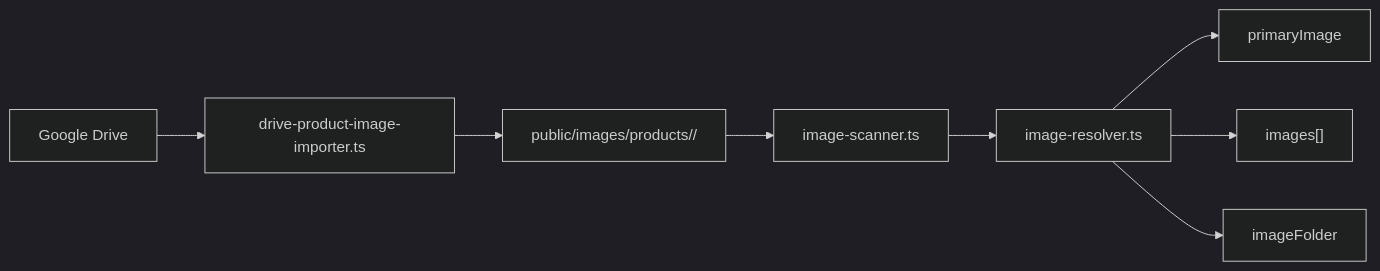
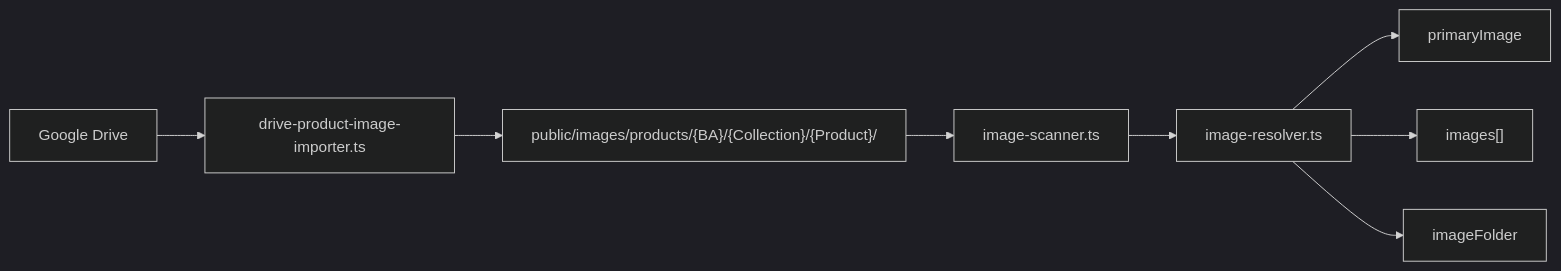
Before and after one commit to Haplo66/ripple-bakes-makes: the third of 5 diagrams in docs/ARCHITECTURE.md, drawn with Mermaid (dark theme). The commit also changed other lines of this file and 6 other files, not shown here.

````diff
--- a/docs/ARCHITECTURE.md
+++ b/docs/ARCHITECTURE.md
@@ -88,10 +88,10 @@
 ```mermaid
 flowchart LR
   drive["Google Drive"] --> importer["drive-product-image-importer.ts"]
-  importer --> productDirs["public/images/products/<ProductID>/"]
+  importer --> productDirs["public/images/products/{BA}/{Collection}/{Product}/"]
   productDirs --> scanner["image-scanner.ts"]
   scanner --> resolver["image-resolver.ts"]
   resolver --> primaryImage["primaryImage"]
   resolver --> images["images[]"]
   resolver --> imageFolder["imageFolder"]
 ```
````
